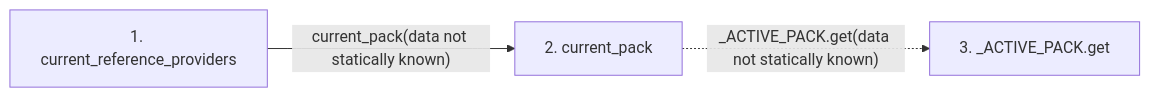
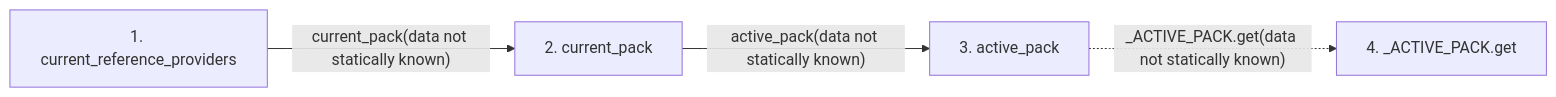
The second of 2 diagrams in docs/llm_wiki/flows/api-current_reference_providers.md (Denissvgn/python-wiki-llm), drawn with Mermaid before and after one commit. The commit also changed other lines of this file and 719 other files, not shown here.

````diff
--- a/docs/llm_wiki/flows/api-current_reference_providers.md
+++ b/docs/llm_wiki/flows/api-current_reference_providers.md
@@ -38,10 +40,13 @@
 ```mermaid
 flowchart LR
     s1["1. current_reference_providers"]
     s2["2. current_pack"]
-    s3["3. _ACTIVE_PACK.get"]
+    s3["3. active_pack"]
+    s4["4. _ACTIVE_PACK.get"]
     s1 -->|"current_pack(data not statically known)"| s2
-    s2 -. "_ACTIVE_PACK.get(data not statically known)" .-> s3
+    s2 -->|"active_pack(data not statically known)"| s3
+    s3 -. "_ACTIVE_PACK.get(data not statically known)" .-> s4
     click s1 "../modules/reference_providers.md"
     click s2 "../modules/domain_pack.md"
+    click s3 "../modules/pack_interfaces.md"
 ```
````
